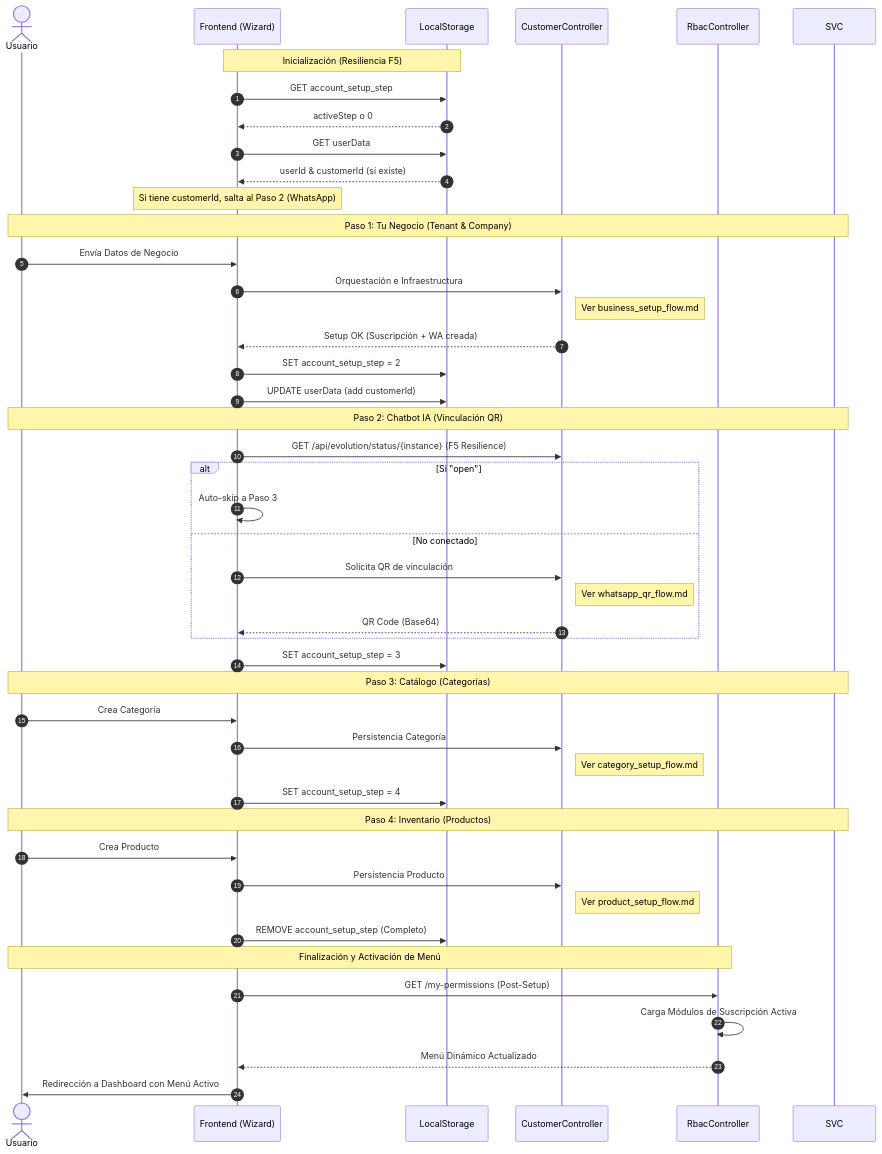
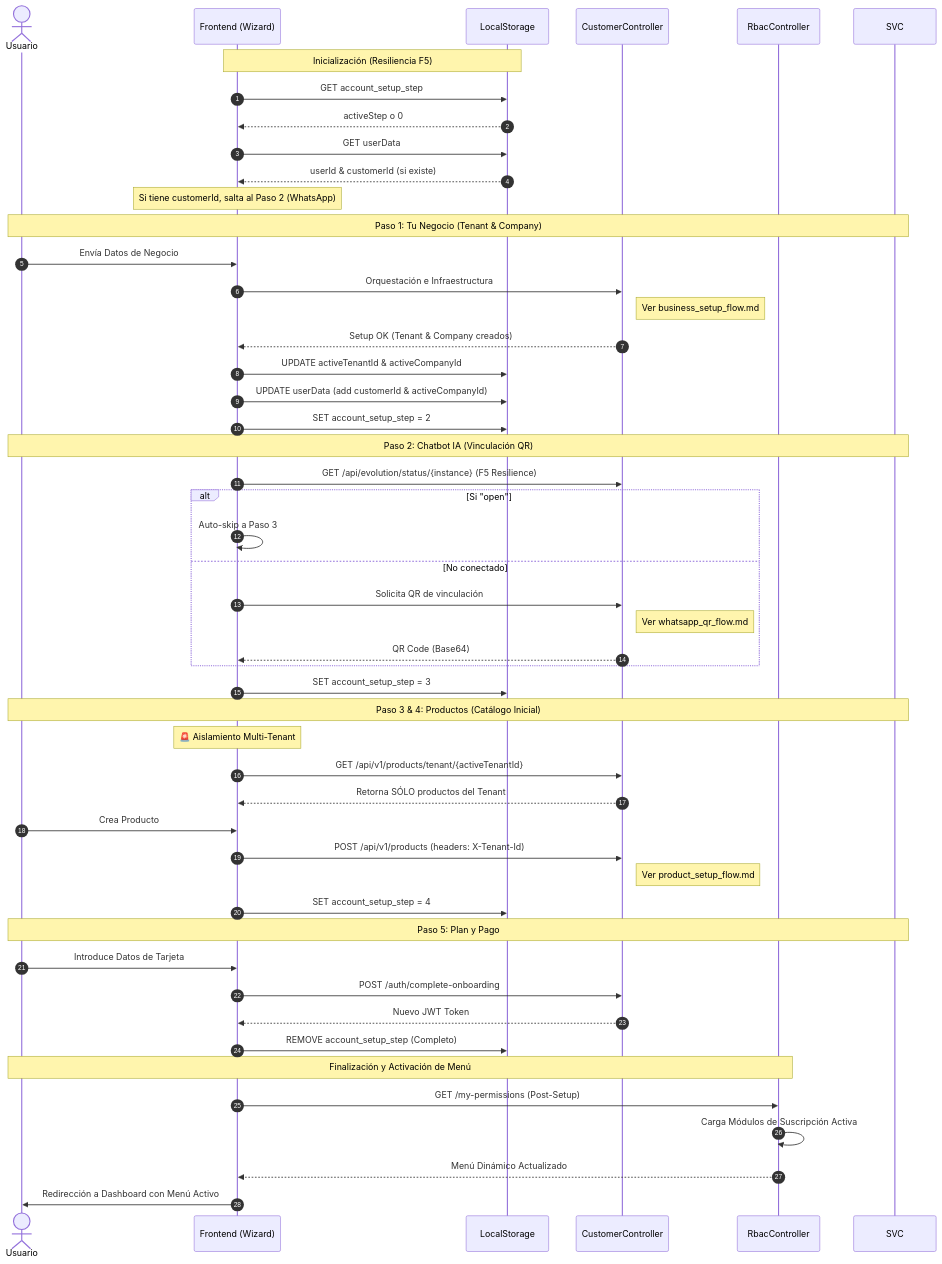
The diagram in docs/account_setup_flow.md (Pixelweb-co/cloudfly), drawn with Mermaid before and after one commit. The commit also changed 2 other files, not shown here.

Commit message:
fix: multi-tenant product leak and correct api endpoint in onboarding

````diff
--- a/docs/account_setup_flow.md
+++ b/docs/account_setup_flow.md
@@ -5,53 +5,57 @@
 ```mermaid
 sequenceDiagram
     autonumber
     actor Usuario
     participant FE as Frontend (Wizard)
     participant LS as LocalStorage
     participant CTL as CustomerController
     participant RBAC as RbacController
     
     Note over FE, LS: Inicialización (Resiliencia F5)
     FE->>LS: GET account_setup_step
     LS-->>FE: activeStep o 0
     FE->>LS: GET userData
     LS-->>FE: userId & customerId (si existe)
     Note over FE: Si tiene customerId, salta al Paso 2 (WhatsApp)
 
     Note over Usuario, SVC: Paso 1: Tu Negocio (Tenant & Company)
     Usuario->>FE: Envía Datos de Negocio
     FE->>CTL: Orquestación e Infraestructura
     Note right of CTL: Ver business_setup_flow.md
-    CTL-->>FE: Setup OK (Suscripción + WA creada)
+    CTL-->>FE: Setup OK (Tenant & Company creados)
+    FE->>LS: UPDATE activeTenantId & activeCompanyId
+    FE->>LS: UPDATE userData (add customerId & activeCompanyId)
     FE->>LS: SET account_setup_step = 2
-    FE->>LS: UPDATE userData (add customerId)
     
     Note over Usuario, SVC: Paso 2: Chatbot IA (Vinculación QR)
     FE->>CTL: GET /api/evolution/status/{instance} (F5 Resilience)
     alt Si "open"
         FE->>FE: Auto-skip a Paso 3
     else No conectado
         FE->>CTL: Solicita QR de vinculación
         Note right of CTL: Ver whatsapp_qr_flow.md
         CTL-->>FE: QR Code (Base64)
     end
     FE->>LS: SET account_setup_step = 3
     
-    Note over Usuario, SVC: Paso 3: Catálogo (Categorías)
-    Usuario->>FE: Crea Categoría
-    FE->>CTL: Persistencia Categoría
-    Note right of CTL: Ver category_setup_flow.md
+    Note over Usuario, SVC: Paso 3 & 4: Productos (Catálogo Inicial)
+    Note over FE: 🚨 Aislamiento Multi-Tenant
+    FE->>CTL: GET /api/v1/products/tenant/{activeTenantId}
+    CTL-->>FE: Retorna SÓLO productos del Tenant
+    Usuario->>FE: Crea Producto
+    FE->>CTL: POST /api/v1/products (headers: X-Tenant-Id)
+    Note right of CTL: Ver product_setup_flow.md
     FE->>LS: SET account_setup_step = 4
     
-    Note over Usuario, SVC: Paso 4: Inventario (Productos)
-    Usuario->>FE: Crea Producto
-    FE->>CTL: Persistencia Producto
-    Note right of CTL: Ver product_setup_flow.md
+    Note over Usuario, SVC: Paso 5: Plan y Pago
+    Usuario->>FE: Introduce Datos de Tarjeta
+    FE->>CTL: POST /auth/complete-onboarding
+    CTL-->>FE: Nuevo JWT Token
     FE->>LS: REMOVE account_setup_step (Completo)
     
     Note over Usuario, RBAC: Finalización y Activación de Menú
     FE->>RBAC: GET /my-permissions (Post-Setup)
     RBAC->>RBAC: Carga Módulos de Suscripción Activa
     RBAC-->>FE: Menú Dinámico Actualizado
     FE->>Usuario: Redirección a Dashboard con Menú Activo
 ```
````
